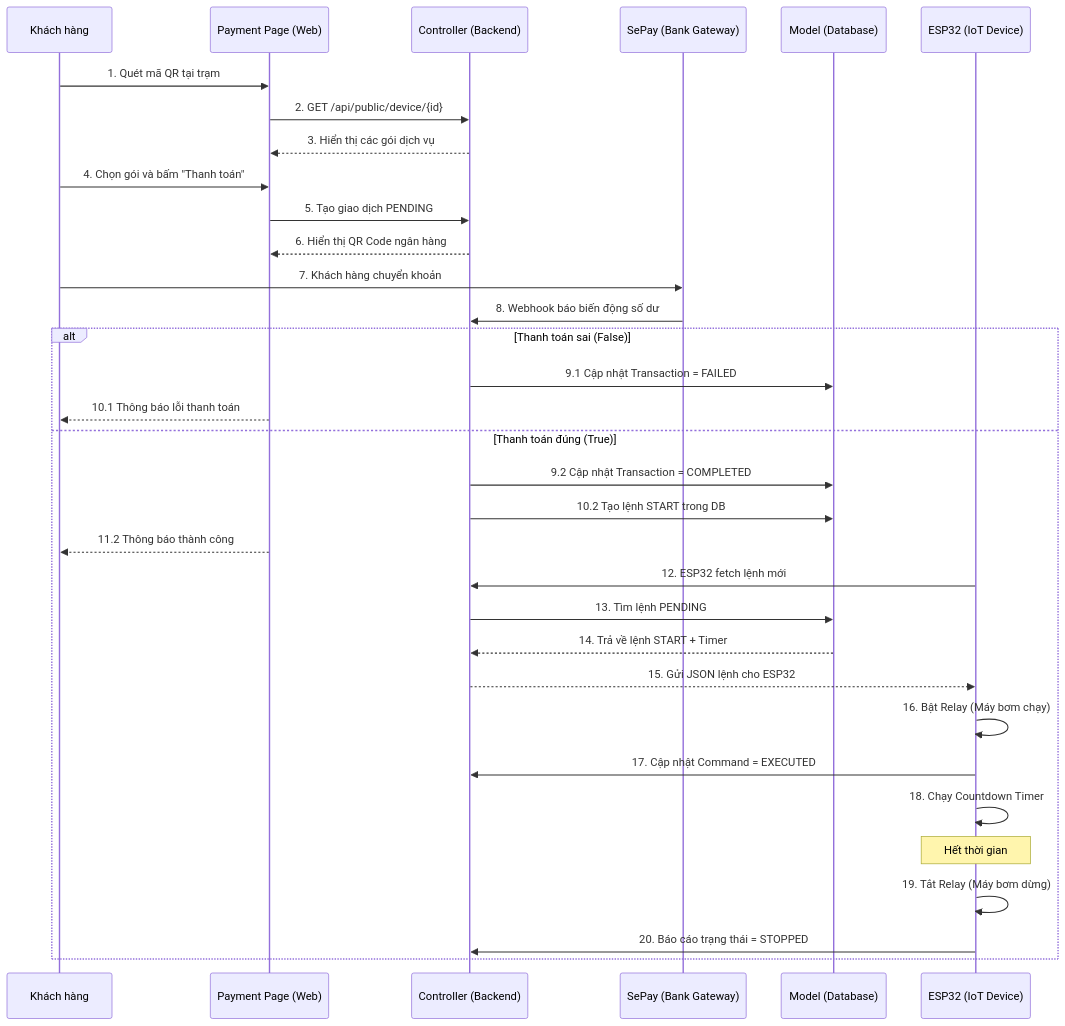
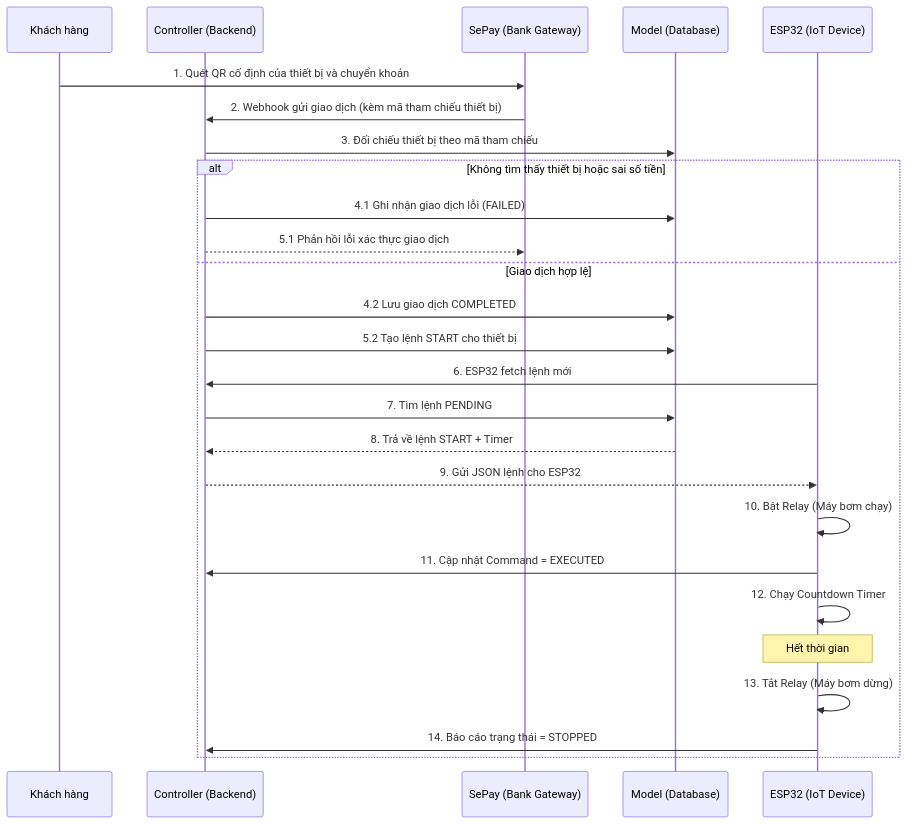
One commit to ngogiaquyen/acw-srs changed diagram 15 of 18 in documents/sequence-diagrams.md. Above: the diagram before and after it, drawn with Mermaid. The commit also changed other lines of this file and 23 other files, not shown here.

````diff
--- a/documents/sequence-diagrams.md
+++ b/documents/sequence-diagrams.md
@@ -272,42 +454,33 @@
 ```mermaid
 sequenceDiagram
     participant C as Khách hàng
-    participant W as Payment Page (Web)
     participant B as Controller (Backend)
     participant SP as SePay (Bank Gateway)
     participant D as Model (Database)
     participant IOT as ESP32 (IoT Device)
 
-    C->>W: 1. Quét mã QR tại trạm
-    W->>B: 2. GET /api/public/device/{id}
-    B-->>W: 3. Hiển thị các gói dịch vụ
-    
-    C->>W: 4. Chọn gói và bấm "Thanh toán"
-    W->>B: 5. Tạo giao dịch PENDING
-    B-->>W: 6. Hiển thị QR Code ngân hàng
-    
-    C->>SP: 7. Khách hàng chuyển khoản
-    SP->>B: 8. Webhook báo biến động số dư
-    
-    alt Thanh toán sai (False)
-        B->>D: 9.1 Cập nhật Transaction = FAILED
-        W-->>C: 10.1 Thông báo lỗi thanh toán
-    else Thanh toán đúng (True)
-        B->>D: 9.2 Cập nhật Transaction = COMPLETED
-        B->>D: 10.2 Tạo lệnh START trong DB
-        W-->>C: 11.2 Thông báo thành công
-        
-        IOT->>B: 12. ESP32 fetch lệnh mới
-        B->>D: 13. Tìm lệnh PENDING
-        D-->>B: 14. Trả về lệnh START + Timer
-        B-->>IOT: 15. Gửi JSON lệnh cho ESP32
-        
-        IOT->>IOT: 16. Bật Relay (Máy bơm chạy)
-        IOT->>B: 17. Cập nhật Command = EXECUTED
-        
-        IOT->>IOT: 18. Chạy Countdown Timer
+    C->>SP: 1. Quét QR cố định của thiết bị và chuyển khoản
+    SP->>B: 2. Webhook gửi giao dịch (kèm mã tham chiếu thiết bị)
+    B->>D: 3. Đối chiếu thiết bị theo mã tham chiếu
+
+    alt Không tìm thấy thiết bị hoặc sai số tiền
+        B->>D: 4.1 Ghi nhận giao dịch lỗi (FAILED)
+        B-->>SP: 5.1 Phản hồi lỗi xác thực giao dịch
+    else Giao dịch hợp lệ
+        B->>D: 4.2 Lưu giao dịch COMPLETED
+        B->>D: 5.2 Tạo lệnh START cho thiết bị
+
+        IOT->>B: 6. ESP32 fetch lệnh mới
+        B->>D: 7. Tìm lệnh PENDING
+        D-->>B: 8. Trả về lệnh START + Timer
+        B-->>IOT: 9. Gửi JSON lệnh cho ESP32
+
+        IOT->>IOT: 10. Bật Relay (Máy bơm chạy)
+        IOT->>B: 11. Cập nhật Command = EXECUTED
+
+        IOT->>IOT: 12. Chạy Countdown Timer
         Note over IOT: Hết thời gian
-        IOT->>IOT: 19. Tắt Relay (Máy bơm dừng)
-        IOT->>B: 20. Báo cáo trạng thái = STOPPED
+        IOT->>IOT: 13. Tắt Relay (Máy bơm dừng)
+        IOT->>B: 14. Báo cáo trạng thái = STOPPED
     end
 ```
````
